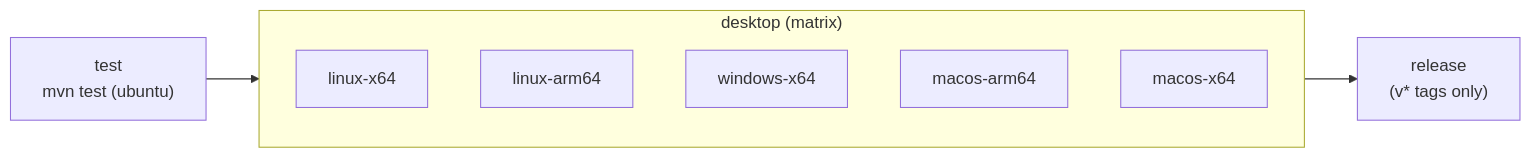
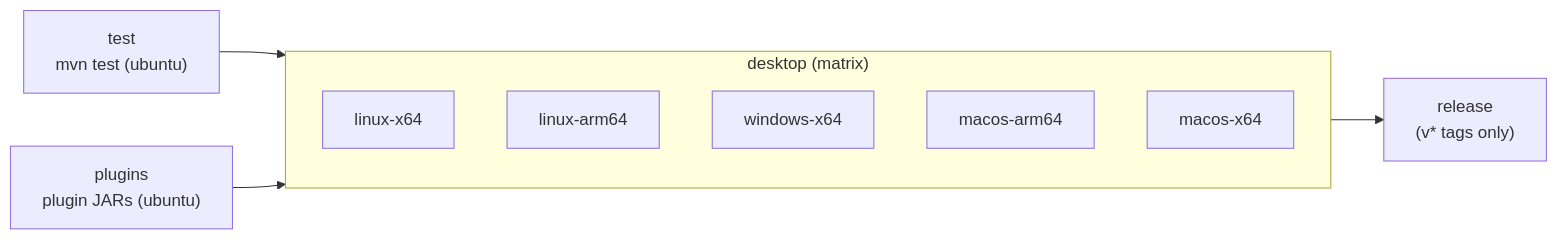
Before and after one commit to Enerccio/Marginalia: the second of 3 diagrams in manual/developer/packaging.md, drawn with Mermaid. The commit also changed other lines of this file and 16 other files, not shown here.

Commit message:
Add desktop installers and built-in plugins support: implement multi-platform `.deb`, `.dmg`, `.msi` installers with optional prepackaged plugins (`plugins/` folder). Introduce `BundledPlugins` for plugin management and `plugins` job in CI workflow. Update app icon usage and related tests.

````diff
--- a/manual/developer/packaging.md
+++ b/manual/developer/packaging.md
@@ -253,12 +282,13 @@
 ```mermaid
 flowchart LR
     test["test<br/>mvn test (ubuntu)"] --> matrix
+    plugins["plugins<br/>plugin JARs (ubuntu)"] --> matrix
     subgraph matrix["desktop (matrix)"]
         l64[linux-x64]
         la64[linux-arm64]
         w64[windows-x64]
         ma[macos-arm64]
         mx[macos-x64]
     end
     matrix --> release["release<br/>(v* tags only)"]
 ```
````
